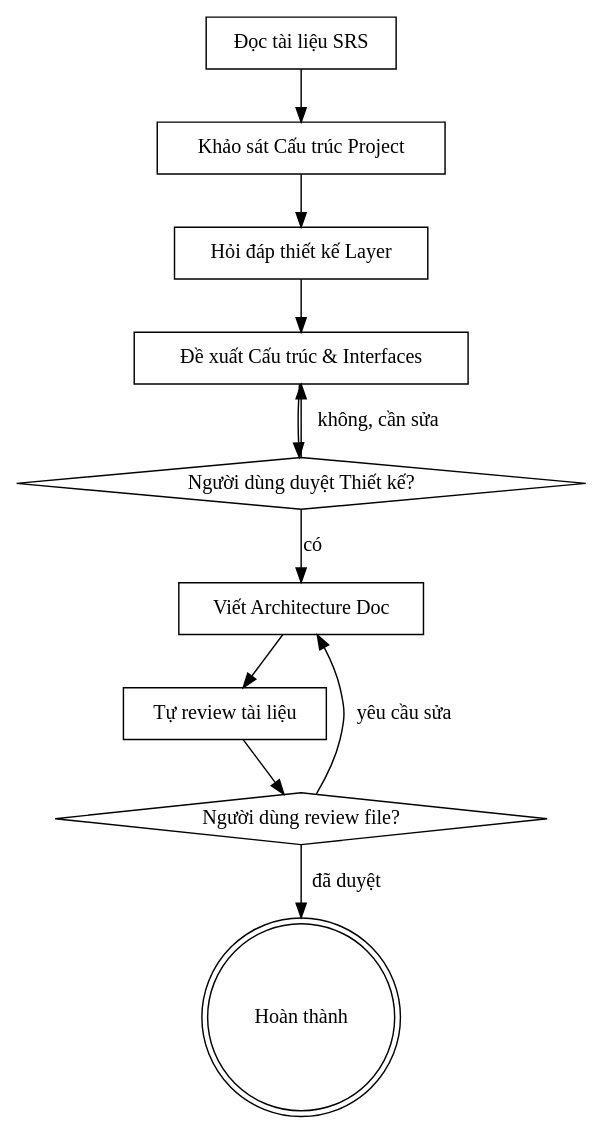
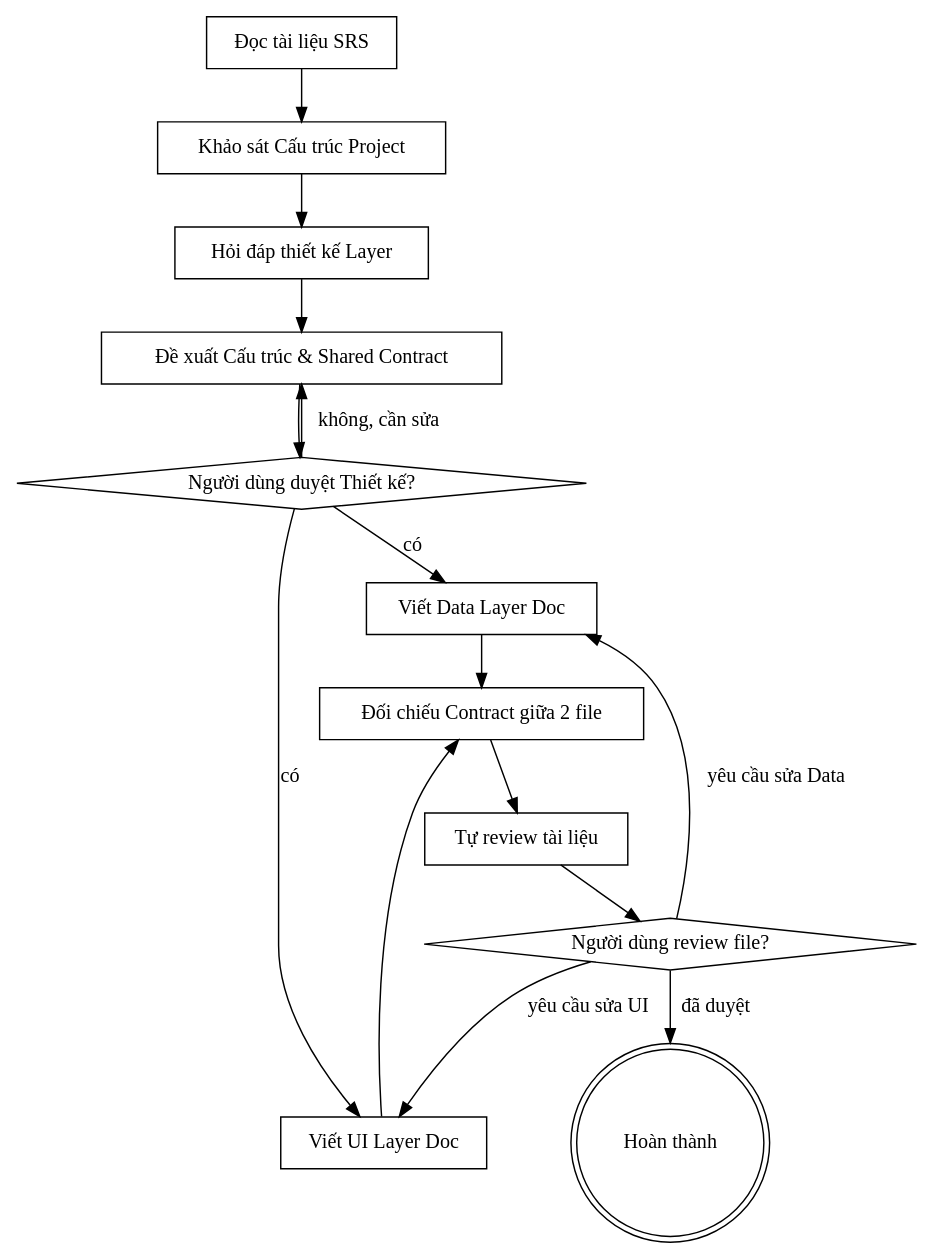
The diagram in .opencode/skills/architecture-designer/SKILL.md (ngduyminhquan/compose-template-base-code), drawn with Graphviz before and after one commit. The commit also changed other lines of this file and 8 other files, not shown here.

Commit message:
docs: add Premium Screen SRS and architecture specifications

````diff
--- a/.opencode/skills/architecture-designer/SKILL.md
+++ b/.opencode/skills/architecture-designer/SKILL.md
@@ -36,24 +36,30 @@
 ```dot
 digraph architecture_designer {
     "Đọc tài liệu SRS" [shape=box];
     "Khảo sát Cấu trúc Project" [shape=box];
     "Hỏi đáp thiết kế Layer" [shape=box];
-    "Đề xuất Cấu trúc & Interfaces" [shape=box];
+    "Đề xuất Cấu trúc & Shared Contract" [shape=box];
     "Người dùng duyệt Thiết kế?" [shape=diamond];
-    "Viết Architecture Doc" [shape=box];
+    "Viết UI Layer Doc" [shape=box];
+    "Viết Data Layer Doc" [shape=box];
+    "Đối chiếu Contract giữa 2 file" [shape=box];
     "Tự review tài liệu" [shape=box];
     "Người dùng review file?" [shape=diamond];
     "Hoàn thành" [shape=doublecircle];
 
     "Đọc tài liệu SRS" -> "Khảo sát Cấu trúc Project";
     "Khảo sát Cấu trúc Project" -> "Hỏi đáp thiết kế Layer";
-    "Hỏi đáp thiết kế Layer" -> "Đề xuất Cấu trúc & Interfaces";
-    "Đề xuất Cấu trúc & Interfaces" -> "Người dùng duyệt Thiết kế?";
-    "Người dùng duyệt Thiết kế?" -> "Đề xuất Cấu trúc & Interfaces" [label="không, cần sửa"];
-    "Người dùng duyệt Thiết kế?" -> "Viết Architecture Doc" [label="có"];
-    "Viết Architecture Doc" -> "Tự review tài liệu";
+    "Hỏi đáp thiết kế Layer" -> "Đề xuất Cấu trúc & Shared Contract";
+    "Đề xuất Cấu trúc & Shared Contract" -> "Người dùng duyệt Thiết kế?";
+    "Người dùng duyệt Thiết kế?" -> "Đề xuất Cấu trúc & Shared Contract" [label="không, cần sửa"];
+    "Người dùng duyệt Thiết kế?" -> "Viết UI Layer Doc" [label="có"];
+    "Người dùng duyệt Thiết kế?" -> "Viết Data Layer Doc" [label="có"];
+    "Viết UI Layer Doc" -> "Đối chiếu Contract giữa 2 file";
+    "Viết Data Layer Doc" -> "Đối chiếu Contract giữa 2 file";
+    "Đối chiếu Contract giữa 2 file" -> "Tự review tài liệu";
     "Tự review tài liệu" -> "Người dùng review file?";
-    "Người dùng review file?" -> "Viết Architecture Doc" [label="yêu cầu sửa"];
+    "Người dùng review file?" -> "Viết UI Layer Doc" [label="yêu cầu sửa UI"];
+    "Người dùng review file?" -> "Viết Data Layer Doc" [label="yêu cầu sửa Data"];
     "Người dùng review file?" -> "Hoàn thành" [label="đã duyệt"];
 }
 ```
````
